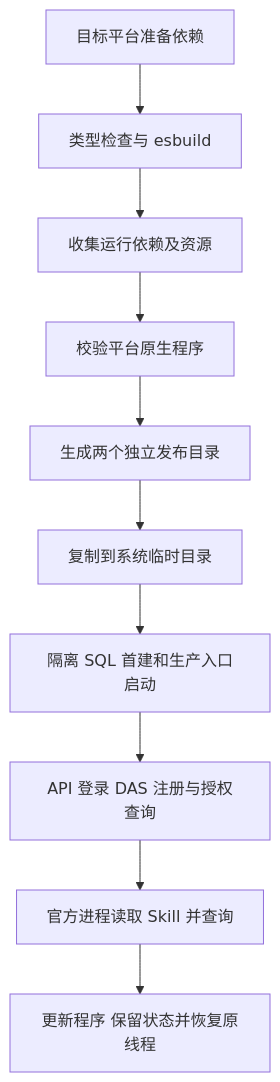
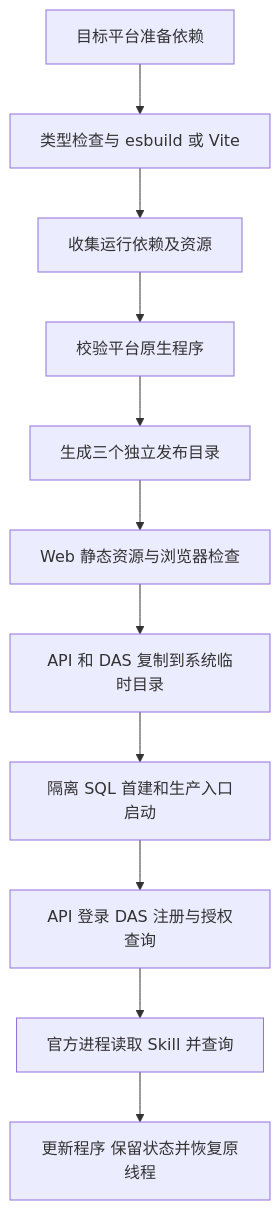
One commit to jellyrain/ai-data changed the diagram in 任务交接/BUILD.md. Above: the diagram before and after it, drawn with Mermaid. The commit also changed other lines of this file and 186 other files, not shown here.

````diff
--- a/任务交接/BUILD.md
+++ b/任务交接/BUILD.md
@@ -65,12 +71,13 @@
 ```mermaid
 flowchart TD
-    A[目标平台准备依赖] --> B[类型检查与 esbuild]
+    A[目标平台准备依赖] --> B[类型检查与 esbuild 或 Vite]
     B --> C[收集运行依赖及资源]
     C --> D[校验平台原生程序]
-    D --> E[生成两个独立发布目录]
-    E --> F[复制到系统临时目录]
+    D --> E[生成三个独立发布目录]
+    E --> W[Web 静态资源与浏览器检查]
+    W --> F[API 和 DAS 复制到系统临时目录]
     F --> G[隔离 SQL 首建和生产入口启动]
     G --> H[API 登录 DAS 注册与授权查询]
     H --> I[官方进程读取 Skill 并查询]
     I --> J[更新程序 保留状态并恢复原线程]
 ```
````
